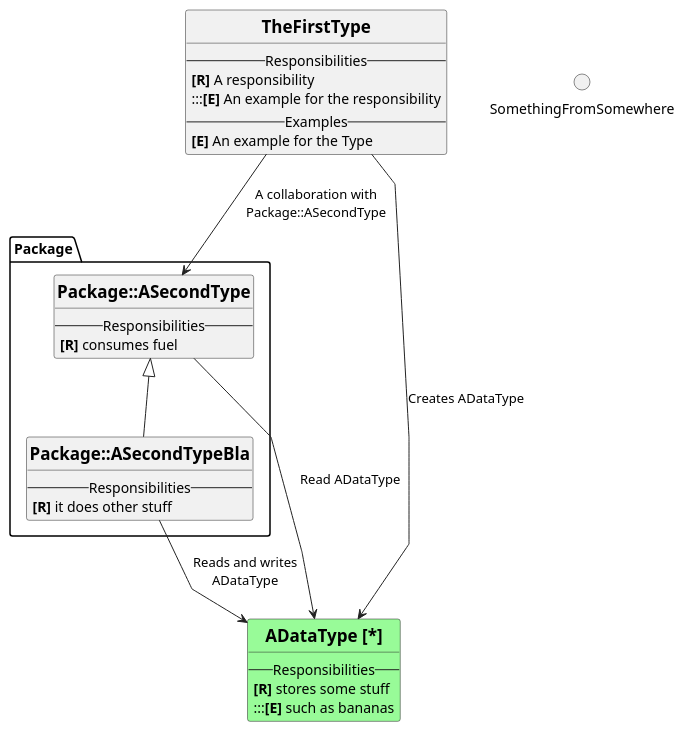
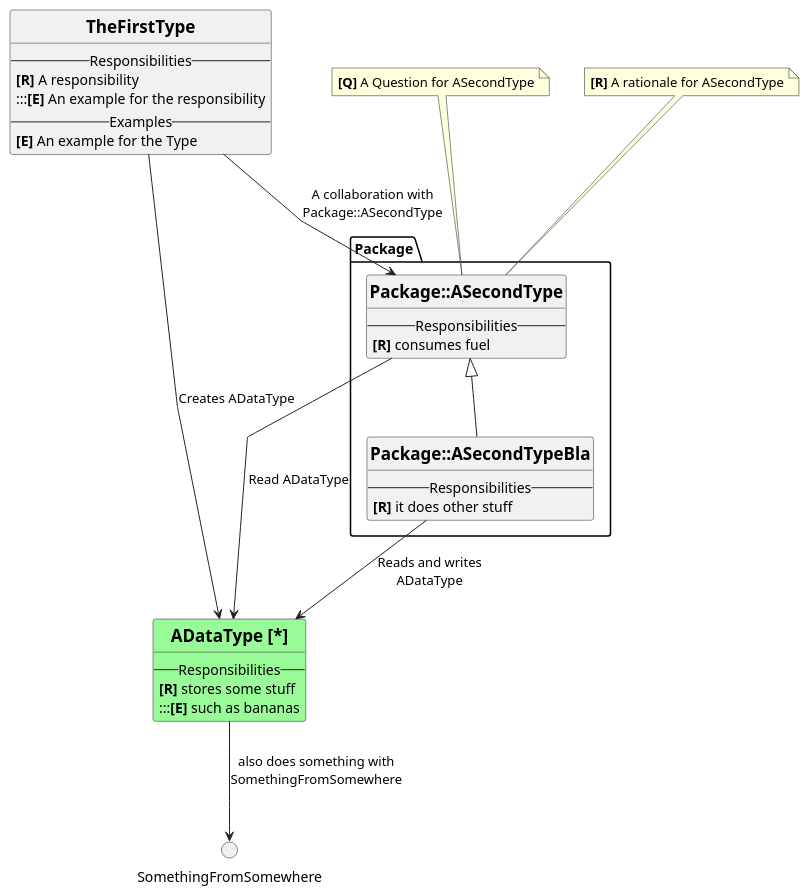
The diagram in example.md.plantuml (markusvoelter/CRCPlusPlus), drawn with PlantUML before and after one commit. The commit also changed 2 other files, not shown here.

```diff
--- a/example.md.plantuml
+++ b/example.md.plantuml
@@ -1,39 +1,42 @@
 @startuml
 skinparam class {
   BackgroundColor<<data>> PaleGreen
   BackgroundColor<<proxy>> PaleRed
   ArrowColor #222222
   BorderColor #222222
 }
 skinparam linetype polyline
 hide circles
 hide stereotype
 set separator ::
 
 class "<b><size:17>TheFirstType</size></b>" as TheFirstType  {
 -- Responsibilities --
   <b>[R]</b> A responsibility
   :::<b>[E]</b> An example for the responsibility
 -- Examples --
   <b>[E]</b> An example for the Type
 }
 TheFirstType --> Package::ASecondType : A collaboration with\nPackage::ASecondType
 TheFirstType --> ADataType : Creates ADataType
 class "<b><size:17>Package::ASecondType</size></b>" as Package::ASecondType  {
 -- Responsibilities --
   <b>[R]</b> consumes fuel
 }
+note top of Package::ASecondType : <b>[Q]</b> A Question for ASecondType
+note top of Package::ASecondType : <b>[R]</b> A rationale for ASecondType
 Package::ASecondType --> ADataType : Read ADataType
 class "<b><size:17>Package::ASecondTypeBla</size></b>" as Package::ASecondTypeBla  {
 -- Responsibilities --
   <b>[R]</b> it does other stuff
 }
 Package::ASecondTypeBla --> ADataType : Reads and writes\nADataType
 Package::ASecondType <|-- Package::ASecondTypeBla
+circle SomethingFromSomewhere
 class "<b><size:17>ADataType [*]</size></b>" as ADataType <<data>> {
 -- Responsibilities --
   <b>[R]</b> stores some stuff
   :::<b>[E]</b> such as bananas
 }
-circle SomethingFromSomewhere
+ADataType --> SomethingFromSomewhere : also does something with\nSomethingFromSomewhere
 @enduml
```
